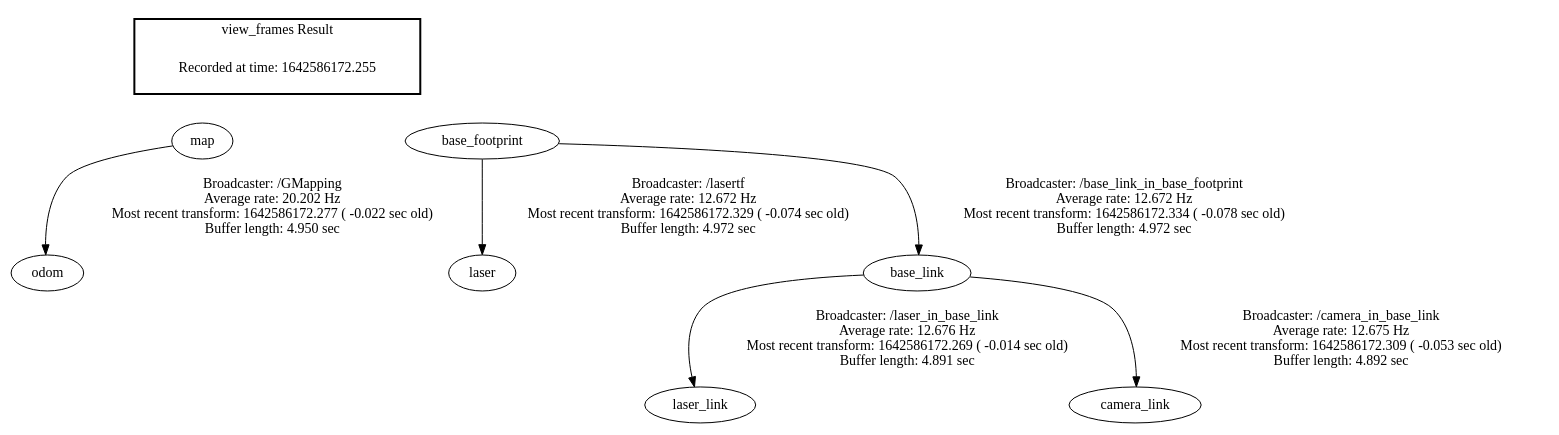
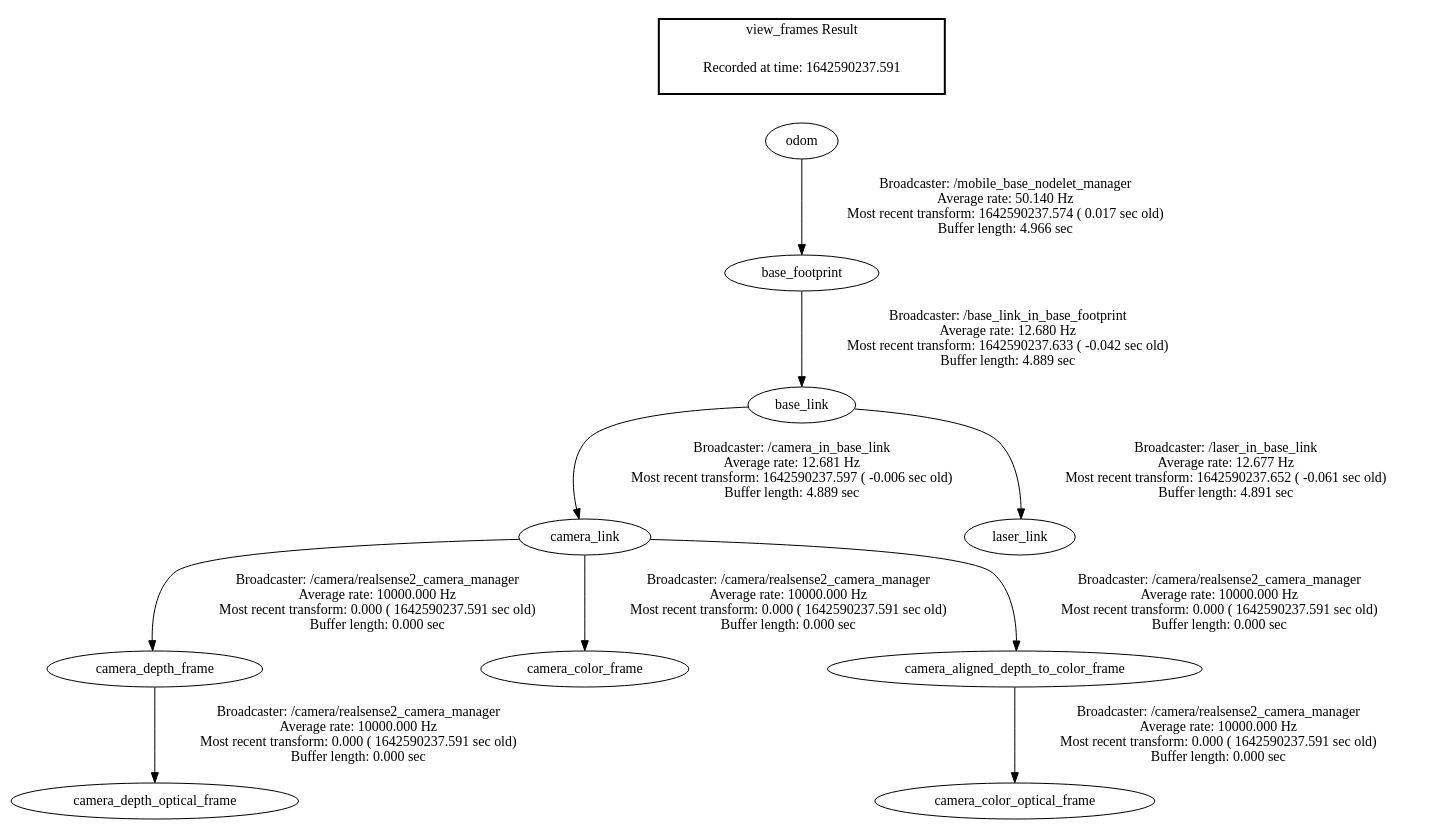
One commit to Waramer/LARM_Repo changed the diagram in grp-marine/launch/frames.gv. Above: the diagram before and after it, drawn with Graphviz. The commit also changed 5 other files, not shown here.

```diff
--- a/grp-marine/launch/frames.gv
+++ b/grp-marine/launch/frames.gv
@@ -1,15 +1,15 @@
 digraph G {
-"map" -> "odom"[label="Broadcaster: /GMapping\nAverage rate: 20.202 Hz\nMost recent transform: 1642586172.277 ( -0.022 sec old)\nBuffer length: 4.950 sec\n"];
-"base_footprint" -> "laser"[label="Broadcaster: /lasertf\nAverage rate: 12.672 Hz\nMost recent transform: 1642586172.329 ( -0.074 sec old)\nBuffer length: 4.972 sec\n"];
-"base_footprint" -> "base_link"[label="Broadcaster: /base_link_in_base_footprint\nAverage rate: 12.672 Hz\nMost recent transform: 1642586172.334 ( -0.078 sec old)\nBuffer length: 4.972 sec\n"];
-"base_link" -> "laser_link"[label="Broadcaster: /laser_in_base_link\nAverage rate: 12.676 Hz\nMost recent transform: 1642586172.269 ( -0.014 sec old)\nBuffer length: 4.891 sec\n"];
-"base_link" -> "camera_link"[label="Broadcaster: /camera_in_base_link\nAverage rate: 12.675 Hz\nMost recent transform: 1642586172.309 ( -0.053 sec old)\nBuffer length: 4.892 sec\n"];
+"odom" -> "base_footprint"[label="Broadcaster: /mobile_base_nodelet_manager\nAverage rate: 50.140 Hz\nMost recent transform: 1642590237.574 ( 0.017 sec old)\nBuffer length: 4.966 sec\n"];
+"camera_link" -> "camera_depth_frame"[label="Broadcaster: /camera/realsense2_camera_manager\nAverage rate: 10000.000 Hz\nMost recent transform: 0.000 ( 1642590237.591 sec old)\nBuffer length: 0.000 sec\n"];
+"base_link" -> "camera_link"[label="Broadcaster: /camera_in_base_link\nAverage rate: 12.681 Hz\nMost recent transform: 1642590237.597 ( -0.006 sec old)\nBuffer length: 4.889 sec\n"];
+"camera_depth_frame" -> "camera_depth_optical_frame"[label="Broadcaster: /camera/realsense2_camera_manager\nAverage rate: 10000.000 Hz\nMost recent transform: 0.000 ( 1642590237.591 sec old)\nBuffer length: 0.000 sec\n"];
+"camera_link" -> "camera_color_frame"[label="Broadcaster: /camera/realsense2_camera_manager\nAverage rate: 10000.000 Hz\nMost recent transform: 0.000 ( 1642590237.591 sec old)\nBuffer length: 0.000 sec\n"];
+"camera_aligned_depth_to_color_frame" -> "camera_color_optical_frame"[label="Broadcaster: /camera/realsense2_camera_manager\nAverage rate: 10000.000 Hz\nMost recent transform: 0.000 ( 1642590237.591 sec old)\nBuffer length: 0.000 sec\n"];
+"camera_link" -> "camera_aligned_depth_to_color_frame"[label="Broadcaster: /camera/realsense2_camera_manager\nAverage rate: 10000.000 Hz\nMost recent transform: 0.000 ( 1642590237.591 sec old)\nBuffer length: 0.000 sec\n"];
+"base_footprint" -> "base_link"[label="Broadcaster: /base_link_in_base_footprint\nAverage rate: 12.680 Hz\nMost recent transform: 1642590237.633 ( -0.042 sec old)\nBuffer length: 4.889 sec\n"];
+"base_link" -> "laser_link"[label="Broadcaster: /laser_in_base_link\nAverage rate: 12.677 Hz\nMost recent transform: 1642590237.652 ( -0.061 sec old)\nBuffer length: 4.891 sec\n"];
 edge [style=invis];
  subgraph cluster_legend { style=bold; color=black; label ="view_frames Result";
-"Recorded at time: 1642586172.255"[ shape=plaintext ] ;
- }->"map";
-edge [style=invis];
- subgraph cluster_legend { style=bold; color=black; label ="view_frames Result";
-"Recorded at time: 1642586172.255"[ shape=plaintext ] ;
- }->"base_footprint";
+"Recorded at time: 1642590237.591"[ shape=plaintext ] ;
+ }->"odom";
 }
```
